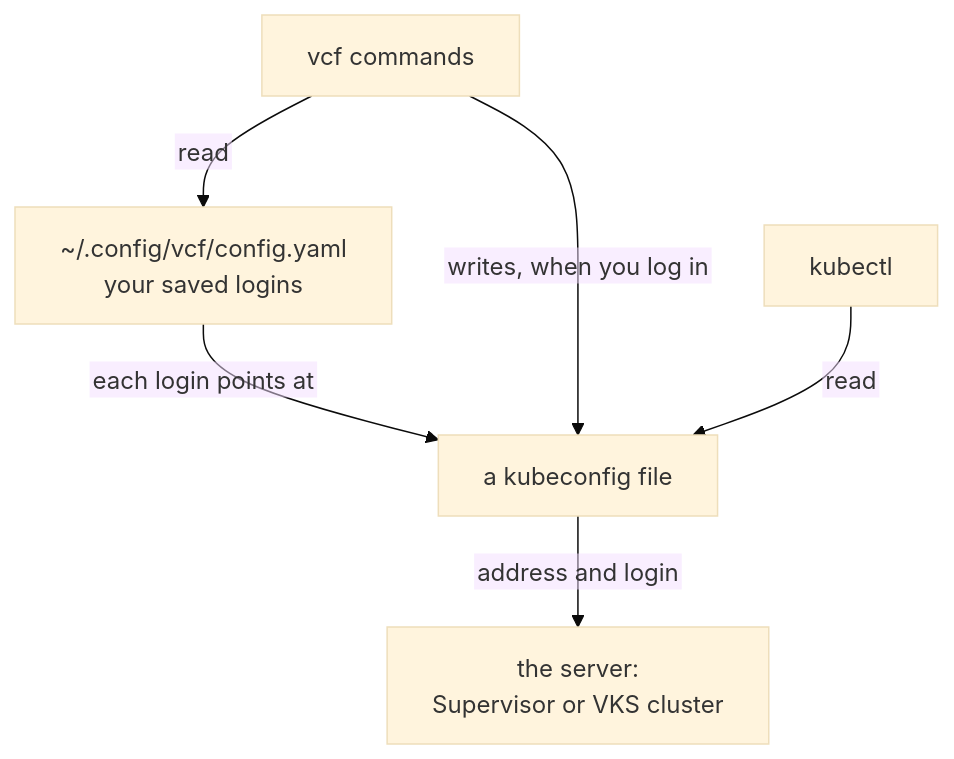
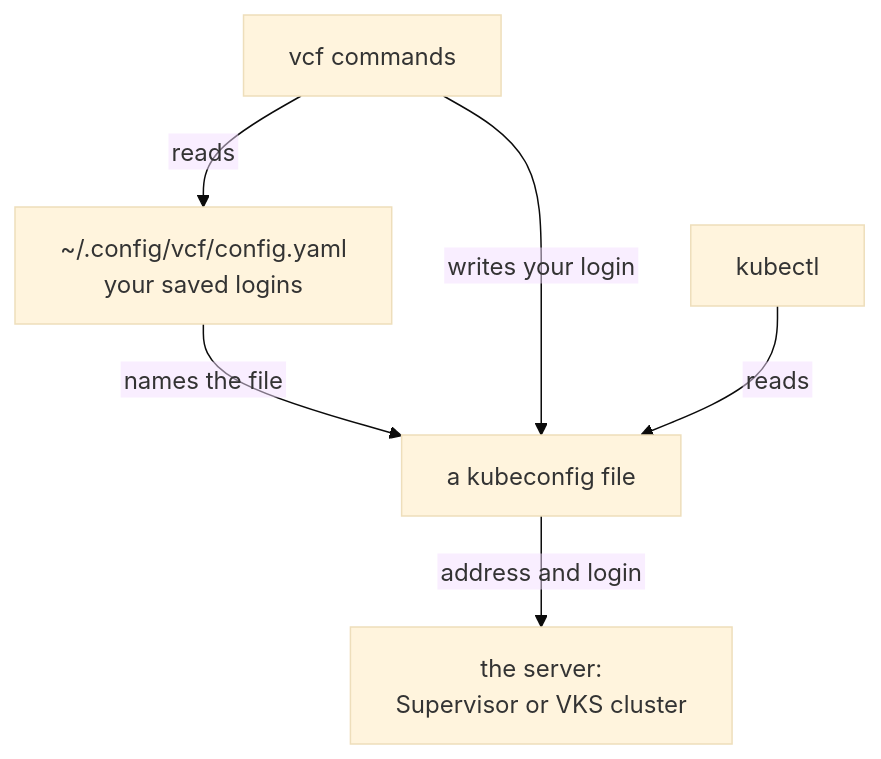
The first of 2 diagrams in docs/VCF.md (AndriyKalashnykov/vks-guides), drawn with Mermaid (base theme) before and after one commit. The commit also changed other lines of this file, not shown here.

First line of the commit message:
docs: VCF.md kubeconfig section for vCenter administrators: VKS and vcf defaults vs the guides' choices (#130)

````diff
--- a/docs/VCF.md
+++ b/docs/VCF.md
@@ -278,9 +272,9 @@
 ```mermaid
 %%{init: {"flowchart": {"htmlLabels": false, "wrappingWidth": 600}}}%%
 flowchart TB
-  vcf["vcf commands"] -- read --> CFG["~/.config/vcf/config.yaml<br/>your saved logins"]
-  CFG -- "each login points at" --> KC["a kubeconfig file"]
-  vcf -- "writes, when you log in" --> KC
-  kubectl["kubectl"] -- read --> KC
+  vcf["vcf commands"] -- reads --> CFG["~/.config/vcf/config.yaml<br/>your saved logins"]
+  CFG -- "names the file" --> KC["a kubeconfig file"]
+  vcf -- "writes your login" --> KC
+  kubectl["kubectl"] -- reads --> KC
   KC -- "address and login" --> S["the server:<br/>Supervisor or VKS cluster"]
 ```
````
